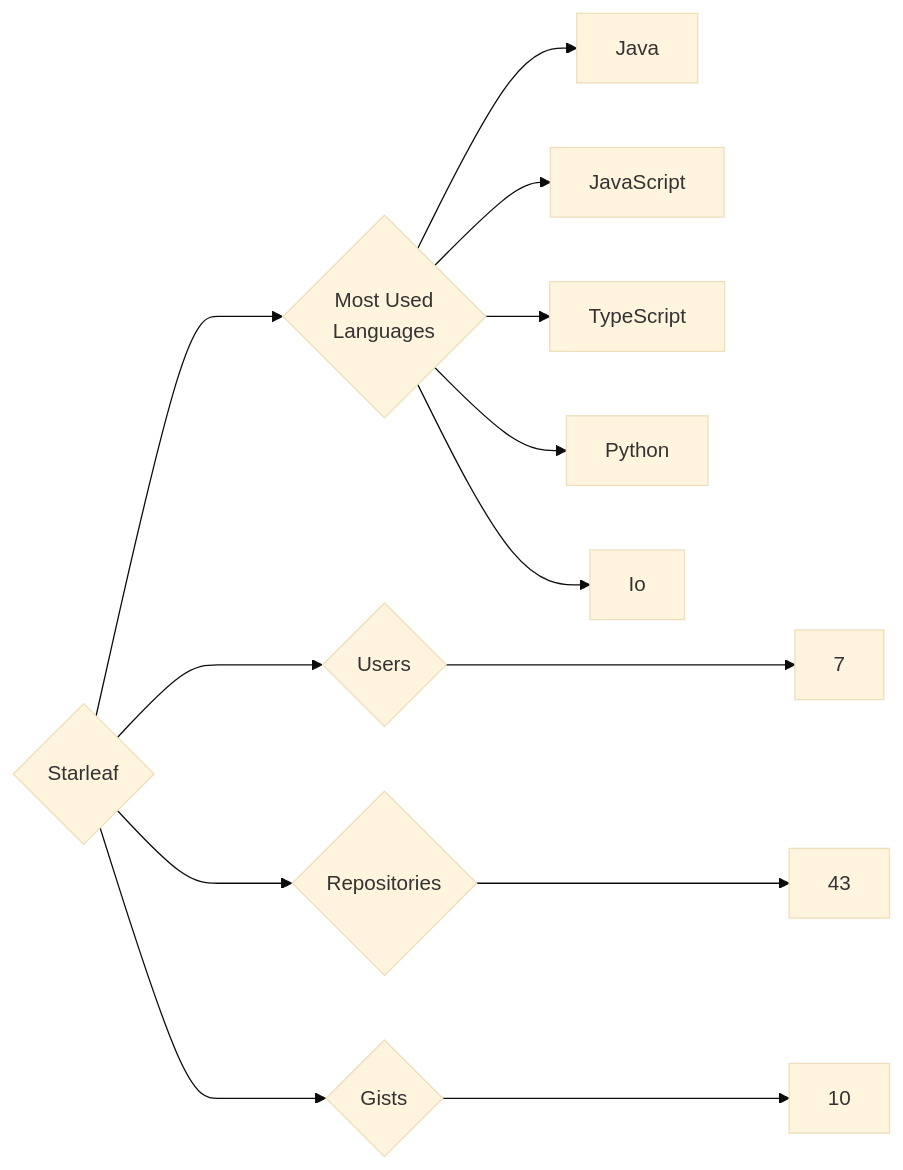
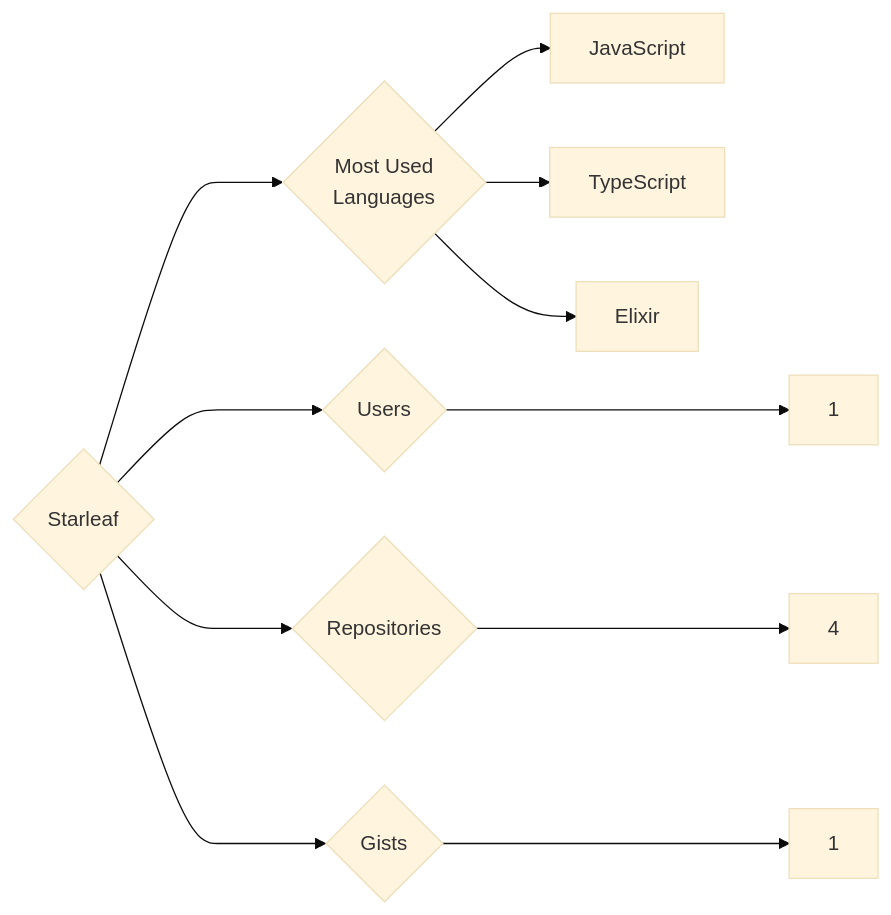
Before and after one commit to trickest/insiders: the diagram in targets/Starleaf/README.md, drawn with Mermaid (base theme). The commit also changed 1011 other files, not shown here.

````diff
--- a/targets/Starleaf/README.md
+++ b/targets/Starleaf/README.md
@@ -3,13 +3,11 @@
 ```mermaid
 graph LR
 COMPANY_NAME{Starleaf}
-COMPANY_NAME ---> U{Users} ---> UN[7]
-COMPANY_NAME ---> R{Repositories} ---> RN[43]
-COMPANY_NAME ---> G{Gists} ---> GN[10]
+COMPANY_NAME ---> U{Users} ---> UN[1]
+COMPANY_NAME ---> R{Repositories} ---> RN[4]
+COMPANY_NAME ---> G{Gists} ---> GN[1]
 COMPANY_NAME ---> ML{Most Used<br>Languages}
-ML --> Java[Java]
 ML --> JavaScript[JavaScript]
 ML --> TypeScript[TypeScript]
-ML --> Python[Python]
-ML --> Io[Io]
+ML --> Elixir[Elixir]
 ```
````
